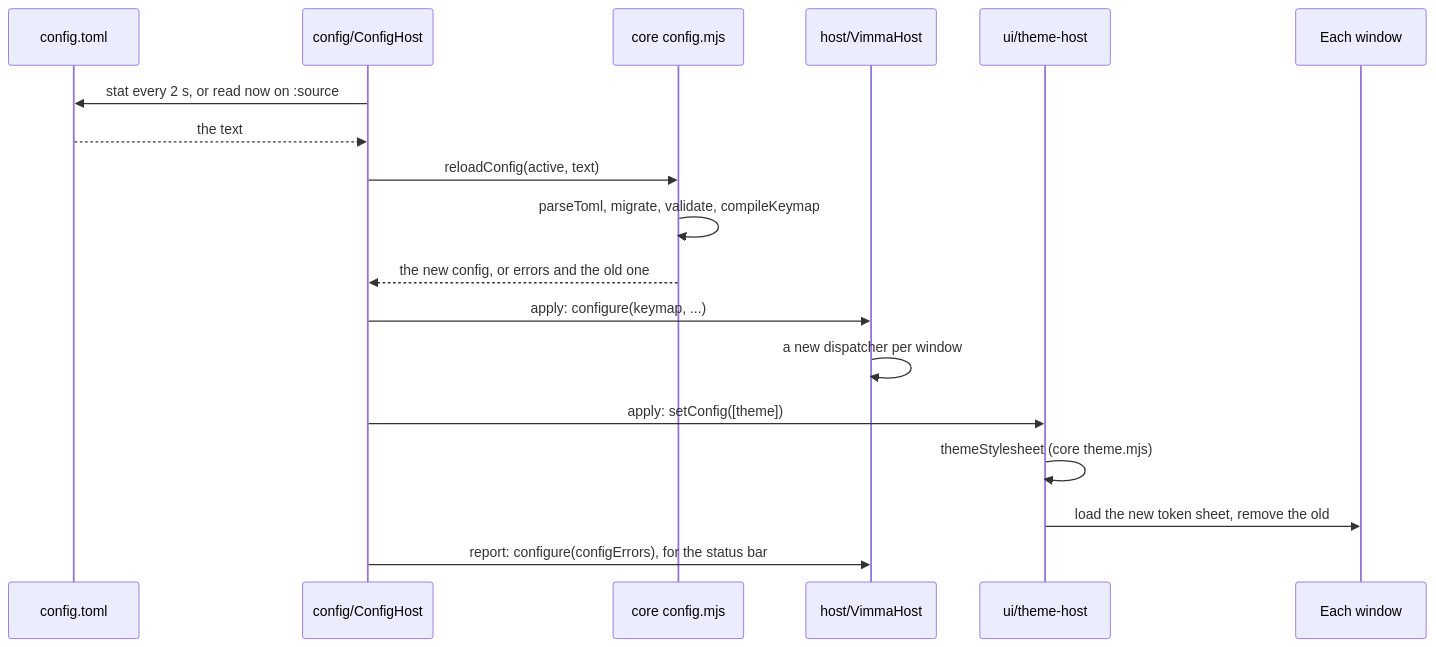
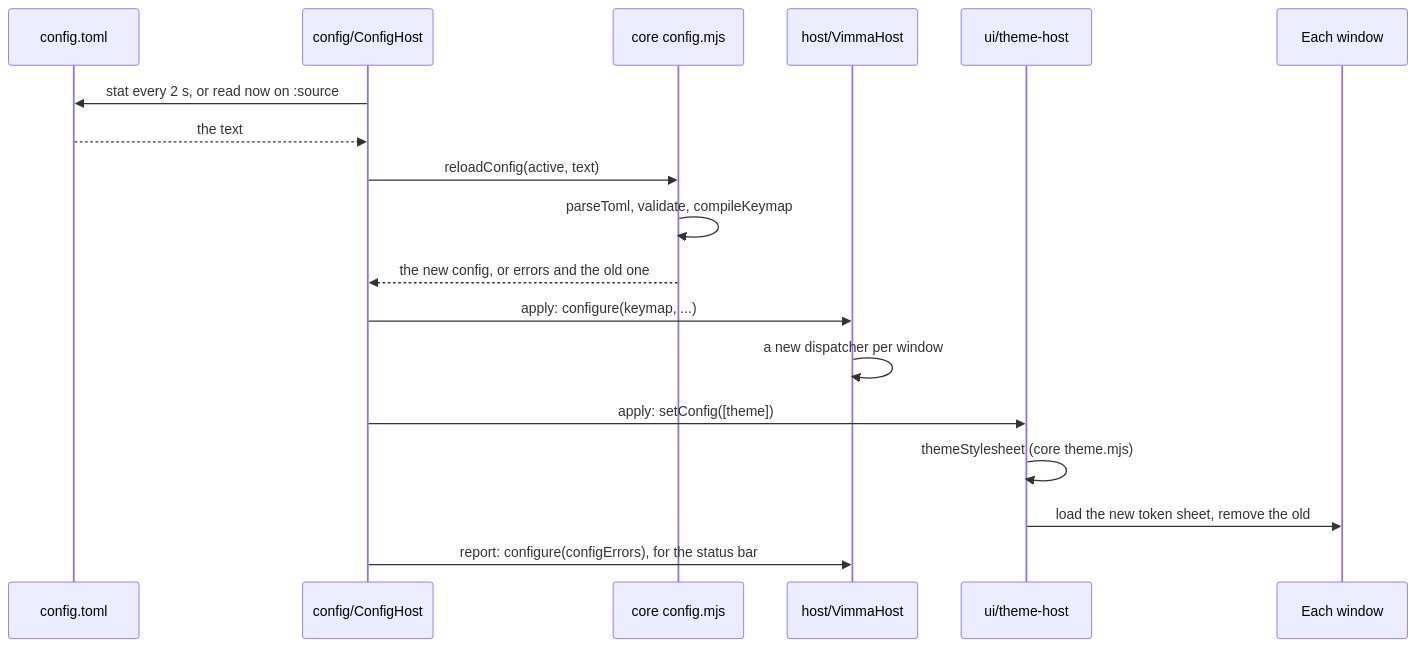
One commit to vimma-browser/vimma changed the diagram in docs/architecture/config-and-theme.md. Above: the diagram before and after it, drawn with Mermaid. The commit also changed other lines of this file and 55 other files, not shown here.

First line of the commit message:
feat(config): every key is valid in every config.toml, with or without a schema line

````diff
--- a/docs/architecture/config-and-theme.md
+++ b/docs/architecture/config-and-theme.md
@@ -18,20 +18,20 @@
 ```mermaid
 sequenceDiagram
   participant File as config.toml
   participant CH as config/ConfigHost
   participant Core as core config.mjs
   participant Host as host/VimmaHost
   participant TH as ui/theme-host
   participant Win as Each window
   CH->>File: stat every 2 s, or read now on :source
   File-->>CH: the text
   CH->>Core: reloadConfig(active, text)
-  Core->>Core: parseToml, migrate, validate, compileKeymap
+  Core->>Core: parseToml, validate, compileKeymap
   Core-->>CH: the new config, or errors and the old one
   CH->>Host: apply: configure(keymap, ...)
   Host->>Host: a new dispatcher per window
   CH->>TH: apply: setConfig([theme])
   TH->>TH: themeStylesheet (core theme.mjs)
   TH->>Win: load the new token sheet, remove the old
   CH->>Host: report: configure(configErrors), for the status bar
 ```
````
